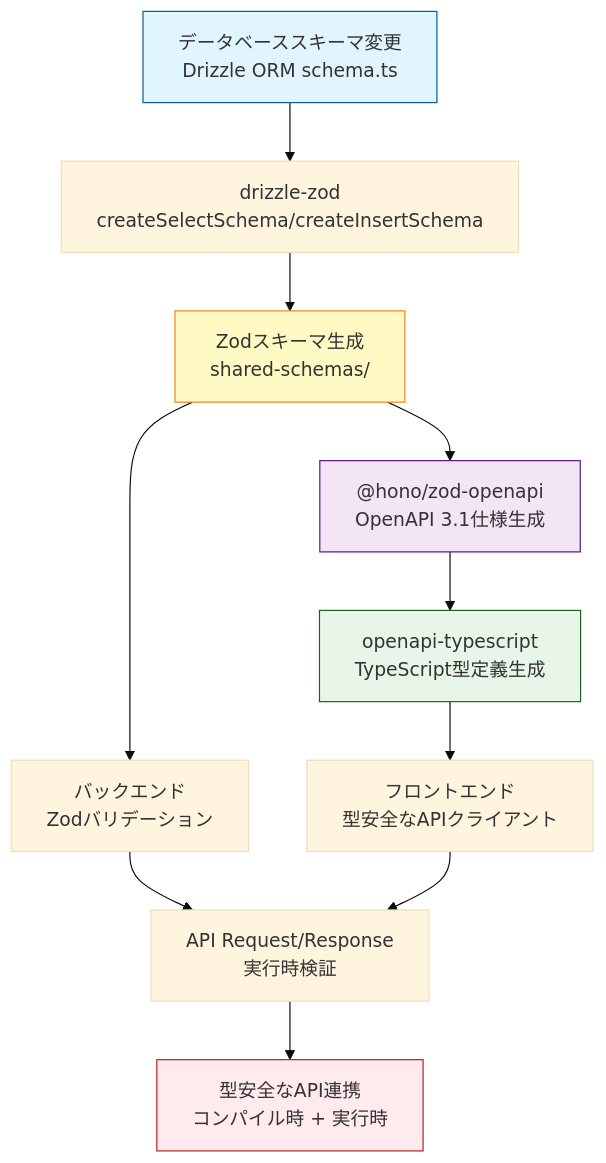
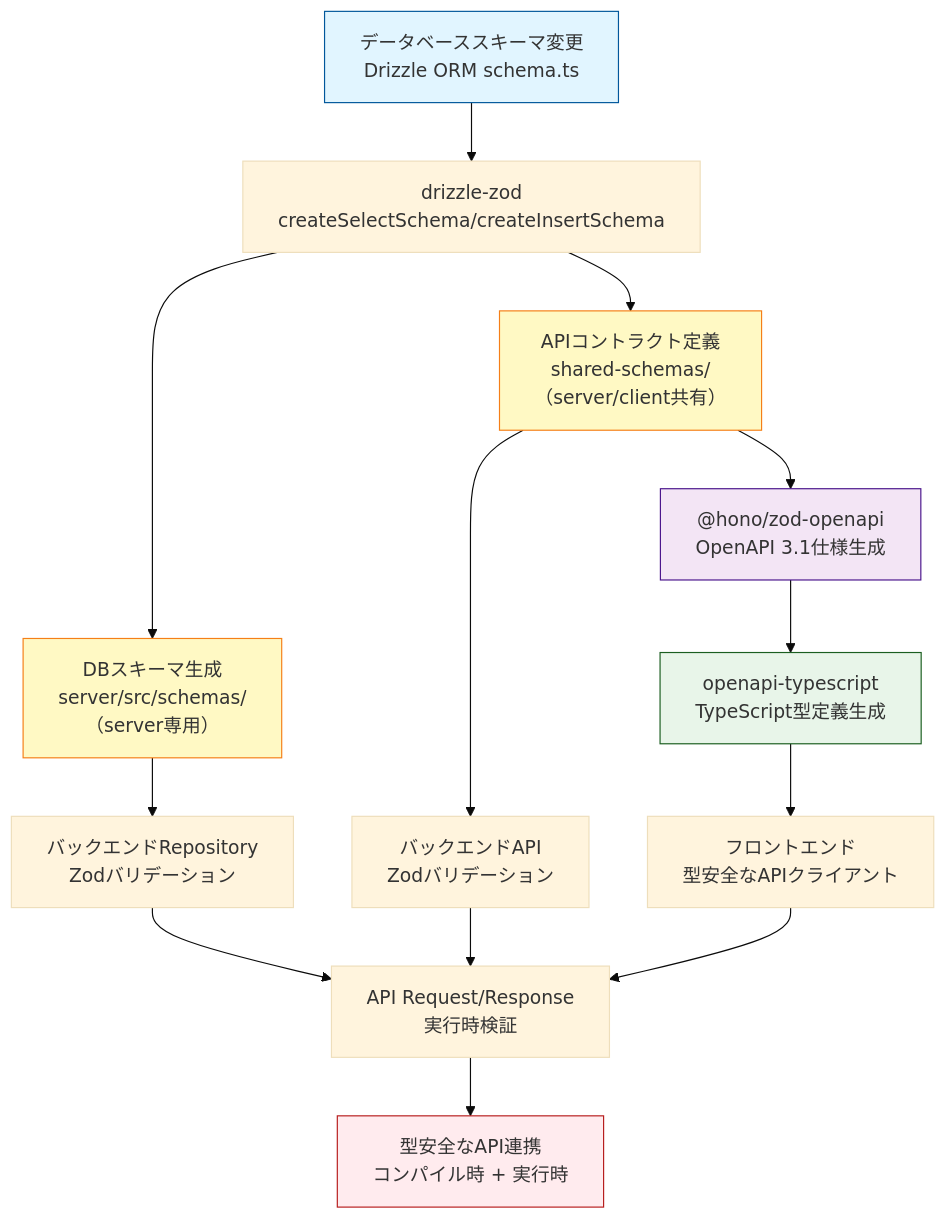
One commit to rimanem18/hoxt-backlog changed the first of 9 diagrams in docs/design/type-safety-enhancement/dataflow.md. Above: the diagram before and after it, drawn with Mermaid (base theme). The commit also changed 3 other files, not shown here.

````diff
--- a/docs/design/type-safety-enhancement/dataflow.md
+++ b/docs/design/type-safety-enhancement/dataflow.md
@@ -8,18 +8,22 @@
 ```mermaid
 flowchart TD
     A["データベーススキーマ変更<br/>Drizzle ORM schema.ts"] --> B["drizzle-zod<br/>createSelectSchema/createInsertSchema"]
-    B --> C["Zodスキーマ生成<br/>shared-schemas/"]
-    C --> D["@hono/zod-openapi<br/>OpenAPI 3.1仕様生成"]
-    C --> E["バックエンド<br/>Zodバリデーション"]
+    B --> C["DBスキーマ生成<br/>server/src/schemas/<br/>（server専用）"]
+    B --> C2["APIコントラクト定義<br/>shared-schemas/<br/>（server/client共有）"]
+    C --> E["バックエンドRepository<br/>Zodバリデーション"]
+    C2 --> D["@hono/zod-openapi<br/>OpenAPI 3.1仕様生成"]
+    C2 --> E2["バックエンドAPI<br/>Zodバリデーション"]
     D --> F["openapi-typescript<br/>TypeScript型定義生成"]
     F --> G["フロントエンド<br/>型安全なAPIクライアント"]
     E --> H["API Request/Response<br/>実行時検証"]
+    E2 --> H
     G --> H
     H --> I["型安全なAPI連携<br/>コンパイル時 + 実行時"]
 
     style A fill:#e1f5ff,stroke:#01579b
     style C fill:#fff9c4,stroke:#f57f17
+    style C2 fill:#fff9c4,stroke:#f57f17
     style D fill:#f3e5f5,stroke:#4a148c
     style F fill:#e8f5e9,stroke:#1b5e20
     style I fill:#ffebee,stroke:#b71c1c
 ```
````
